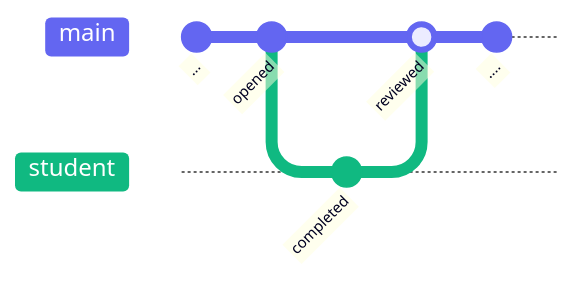
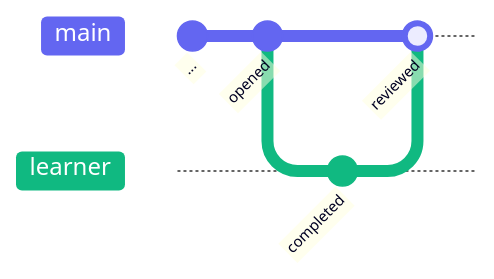
The third of 3 diagrams in _posts/2023-02-13-Git-Practices.md (d33bs/set-website), drawn with Mermaid before and after one commit. The commit also changed other lines of this file, not shown here.

````diff
--- a/_posts/2023-02-13-Git-Practices.md
+++ b/_posts/2023-02-13-Git-Practices.md
@@ -76,17 +75,16 @@
 ```mermaid
 %%{init: { 'logLevel': 'debug', 'theme': 'default' , 'themeVariables': {
       'git0': '#6366F1',
       'git1': '#10B981',
       'gitBranchLabel1': '#ffffff'
 } } }%%
     gitGraph
        commit id: "..."
        commit id: "opened"
-       branch student
-       checkout student
+       branch learner
+       checkout learner
        commit id: "completed"
        checkout main
-       merge student id: "reviewed"
-       commit id: "...."
+       merge learner id: "reviewed"
 
 ```
````
